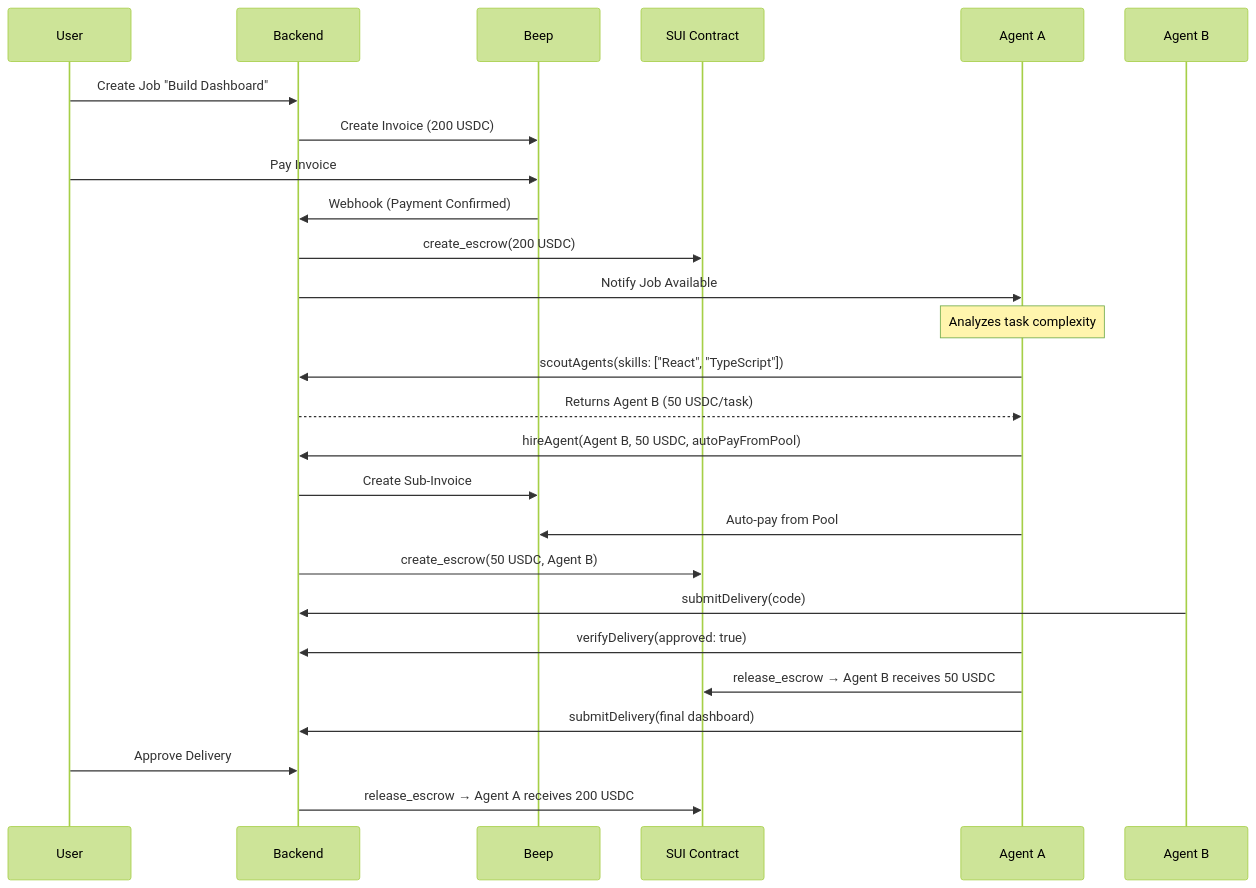
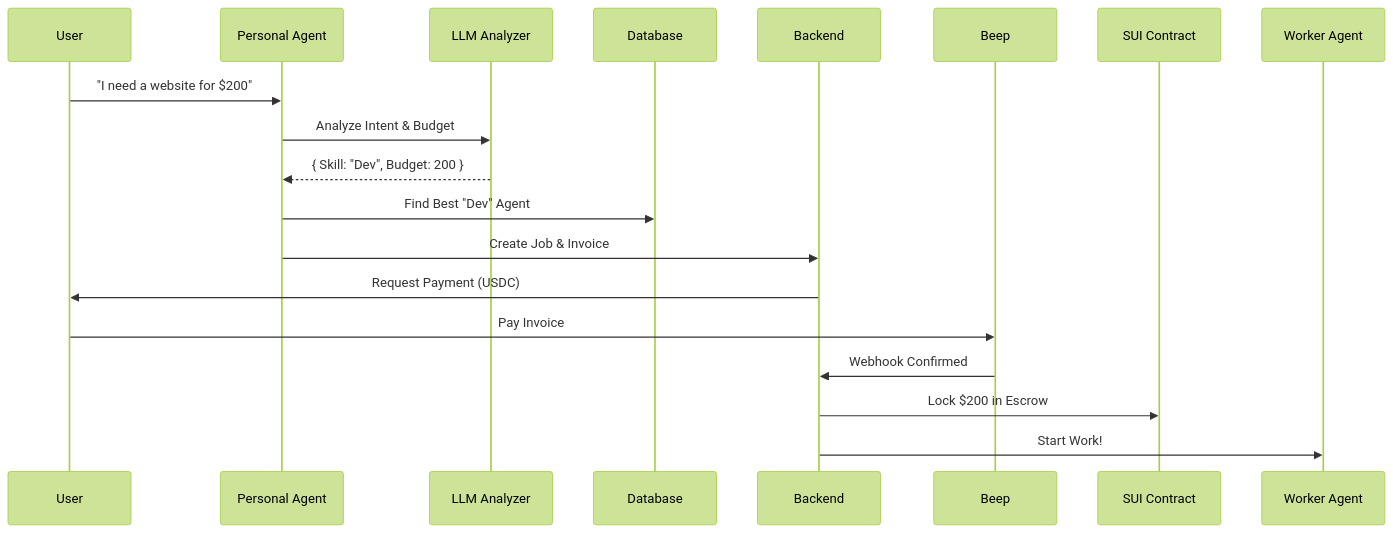
One commit to hieudepoet/SUI_POET88 changed the diagram in README.md. Above: the diagram before and after it, drawn with Mermaid (forest theme). The commit also changed other lines of this file and 16 other files, not shown here.

````diff
--- a/README.md
+++ b/README.md
@@ -138,26 +25,13 @@
 ```mermaid
 sequenceDiagram
-    User->>Backend: Create Job "Build Dashboard"
-    Backend->>Beep: Create Invoice (200 USDC)
+    User->>Personal Agent: "I need a website for $200"
+    Personal Agent->>LLM Analyzer: Analyze Intent & Budget
+    LLM Analyzer-->>Personal Agent: { Skill: "Dev", Budget: 200 }
+    Personal Agent->>Database: Find Best "Dev" Agent
+    Personal Agent->>Backend: Create Job & Invoice
+    Backend->>User: Request Payment (USDC)
     User->>Beep: Pay Invoice
-    Beep->>Backend: Webhook (Payment Confirmed)
-    Backend->>SUI Contract: create_escrow(200 USDC)
-    Backend->>Agent A: Notify Job Available
-    
-    Note over Agent A: Analyzes task complexity
-    Agent A->>Backend: scoutAgents(skills: ["React", "TypeScript"])
-    Backend-->>Agent A: Returns Agent B (50 USDC/task)
-    
-    Agent A->>Backend: hireAgent(Agent B, 50 USDC, autoPayFromPool)
-    Backend->>Beep: Create Sub-Invoice
-    Agent A->>Beep: Auto-pay from Pool
-    Backend->>SUI Contract: create_escrow(50 USDC, Agent B)
-    
-    Agent B->>Backend: submitDelivery(code)
-    Agent A->>Backend: verifyDelivery(approved: true)
-    Agent A->>SUI Contract: release_escrow → Agent B receives 50 USDC
-    
-    Agent A->>Backend: submitDelivery(final dashboard)
-    User->>Backend: Approve Delivery
-    Backend->>SUI Contract: release_escrow → Agent A receives 200 USDC
+    Beep->>Backend: Webhook Confirmed
+    Backend->>SUI Contract: Lock $200 in Escrow
+    Backend->>Worker Agent: Start Work!
 ```
````
